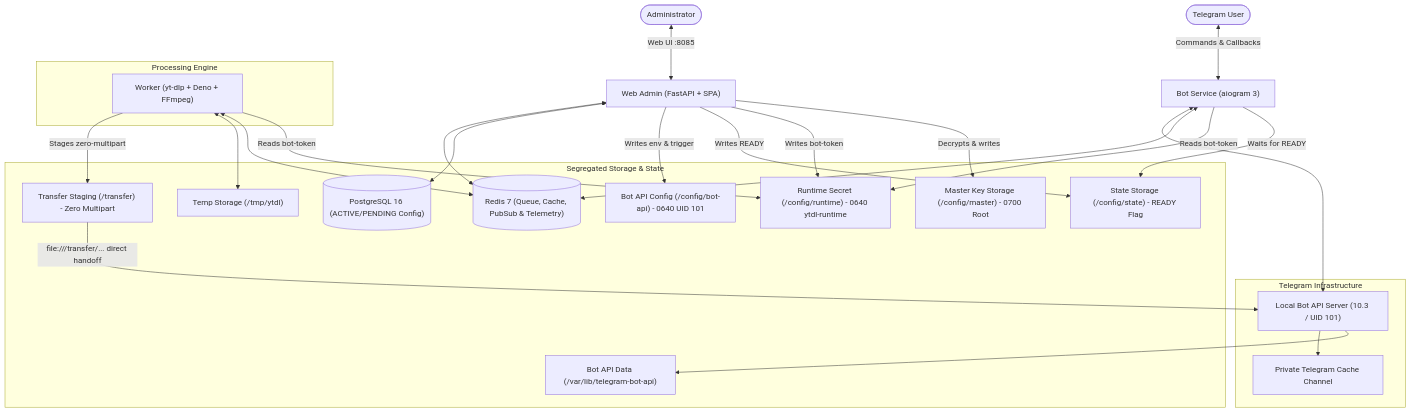
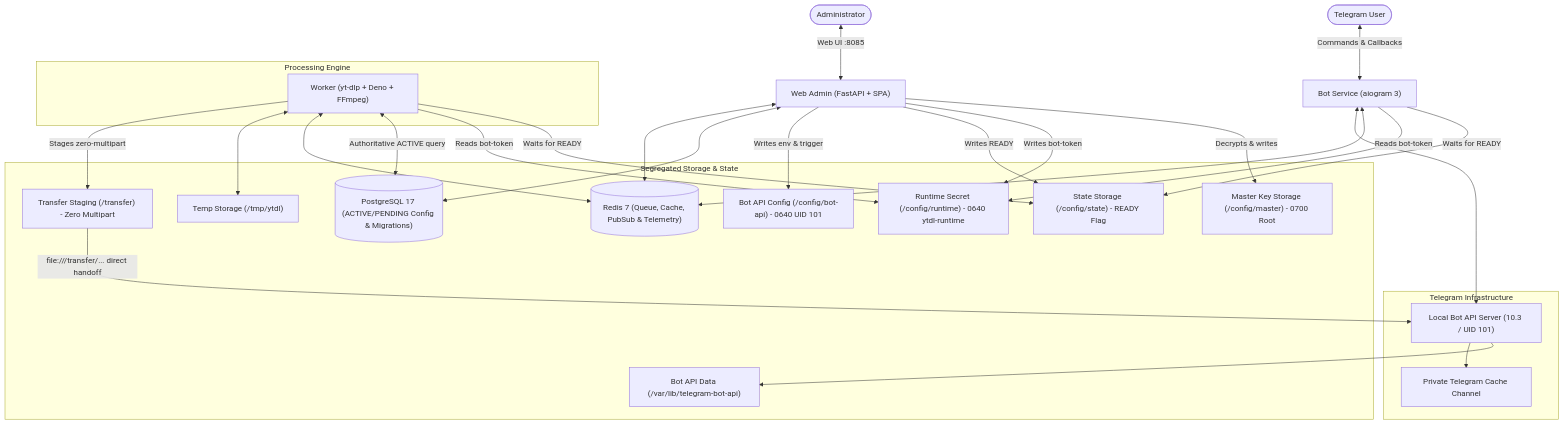
The diagram in README.md (musicOverdose/youtubedl), drawn with Mermaid before and after one commit. The commit also changed other lines of this file and 11 other files, not shown here.

````diff
--- a/README.md
+++ b/README.md
@@ -126,46 +129,48 @@
 ```mermaid
 flowchart TD
     User(["Telegram User"]) <-->|"Commands & Callbacks"| Bot["Bot Service (aiogram 3)"]
     Admin(["Administrator"]) <-->|"Web UI :8085"| Web["Web Admin (FastAPI + SPA)"]
 
     subgraph Storage ["Segregated Storage & State"]
-        PG[("PostgreSQL 16 (ACTIVE/PENDING Config)")]
+        PG[("PostgreSQL 17 (ACTIVE/PENDING Config & Migrations)")]
         Redis[("Redis 7 (Queue, Cache, PubSub & Telemetry)")]
         MasterKeyVol["Master Key Storage (/config/master) - 0700 Root"]
         RuntimeTokenVol["Runtime Secret (/config/runtime) - 0640 ytdl-runtime"]
         StateVol["State Storage (/config/state) - READY Flag"]
         LocalApiConfig["Bot API Config (/config/bot-api) - 0640 UID 101"]
         TransferVol["Transfer Staging (/transfer) - Zero Multipart"]
         TempVol["Temp Storage (/tmp/ytdl)"]
         LocalBotApiData["Bot API Data (/var/lib/telegram-bot-api)"]
     end
 
     subgraph TelegramServices ["Telegram Infrastructure"]
         LocalBotAPI["Local Bot API Server (10.3 / UID 101)"]
         CacheChannel["Private Telegram Cache Channel"]
     end
 
     subgraph Processing ["Processing Engine"]
         Worker["Worker (yt-dlp + Deno + FFmpeg)"]
     end
 
     Web -->|"Decrypts & writes"| MasterKeyVol
     Web -->|"Writes bot-token"| RuntimeTokenVol
     Web -->|"Writes READY"| StateVol
     Web -->|"Writes env & trigger"| LocalApiConfig
     Web <--> PG
     Web <--> Redis
 
     Bot -->|"Waits for READY"| StateVol
     Bot -->|"Reads bot-token"| RuntimeTokenVol
     Bot <--> Redis
     Bot <--> LocalBotAPI
 
+    Worker -->|"Waits for READY"| StateVol
     Worker -->|"Reads bot-token"| RuntimeTokenVol
+    Worker <-->|"Authoritative ACTIVE query"| PG
     Worker <--> Redis
     Worker <--> TempVol
     Worker -->|"Stages zero-multipart"| TransferVol
     TransferVol -->|"file:///transfer/... direct handoff"| LocalBotAPI
     LocalBotAPI --> LocalBotApiData
     LocalBotAPI --> CacheChannel
 ```
````
